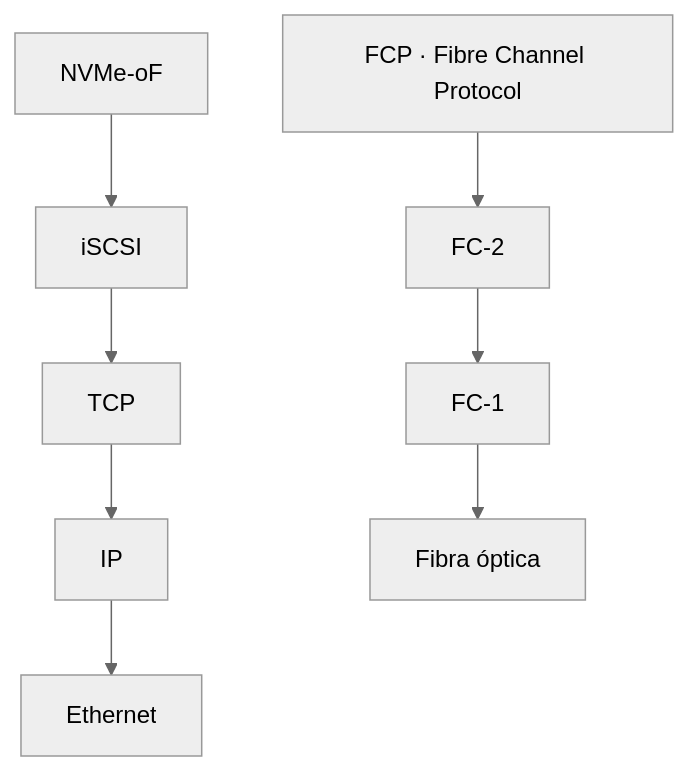
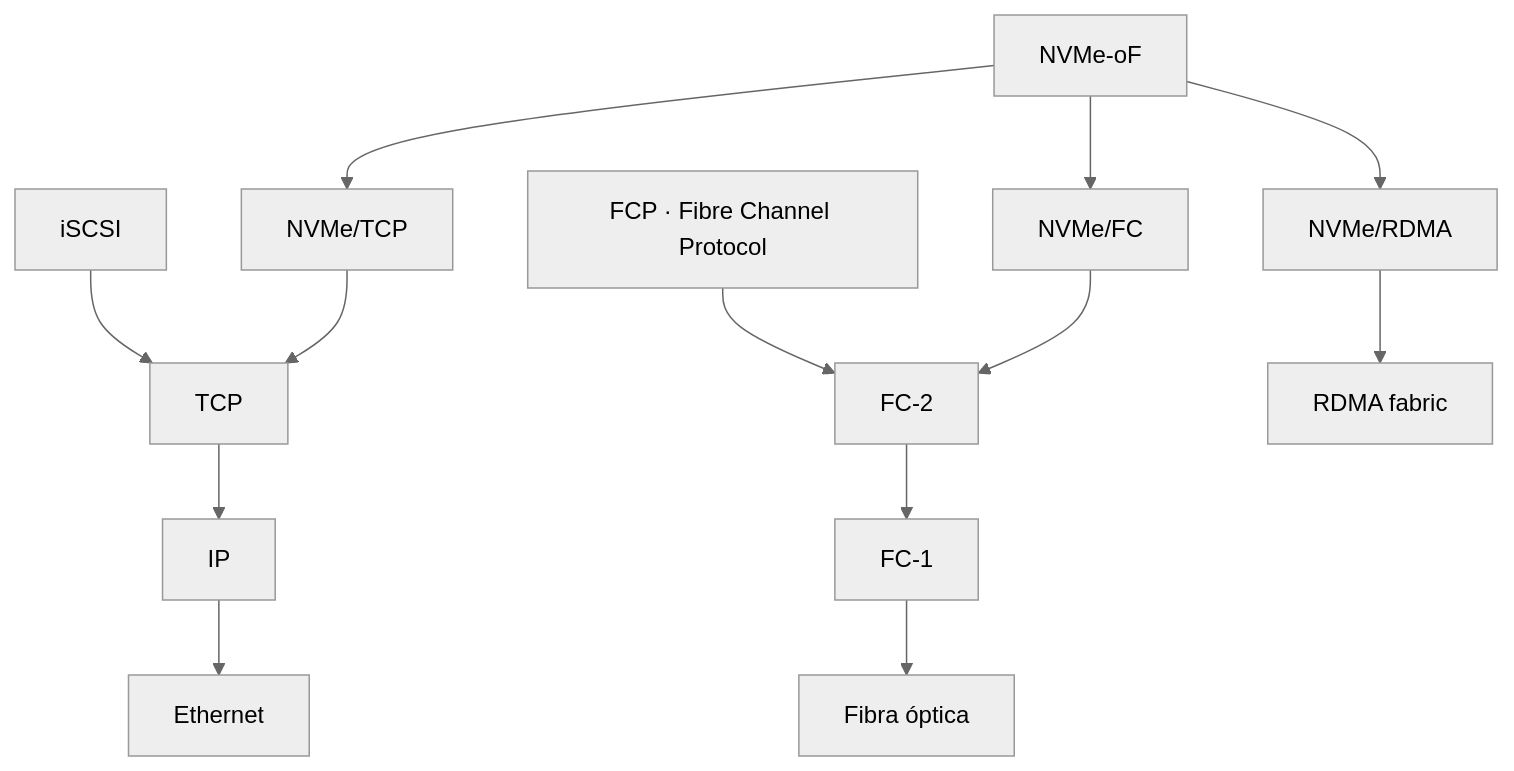
One commit to P3M-ACTF/Biblioteca changed the diagram in Redes/mapa-protocolos/mermaid/san.mmd. Above: the diagram before and after it, drawn with Mermaid (neutral theme). The commit also changed 2 other files, not shown here.

```diff
--- a/Redes/mapa-protocolos/mermaid/san.mmd
+++ b/Redes/mapa-protocolos/mermaid/san.mmd
@@ -1,4 +1,6 @@
 flowchart TB
  ISCSI["iSCSI"] --> TCP["TCP"] --> IP["IP"] --> ETH["Ethernet"]
  FCP["FCP · Fibre Channel Protocol"] --> FC2["FC-2"] --> FC1["FC-1"] --> FC0["Fibra óptica"]
- NVME["NVMe-oF"] --> ISCSI
+ NVME["NVMe-oF"] --> NVMETCP["NVMe/TCP"] --> TCP
+ NVME --> NVMERDMA["NVMe/RDMA"] --> RDMA["RDMA fabric"]
+ NVME --> NVMEFC["NVMe/FC"] --> FC2
```
